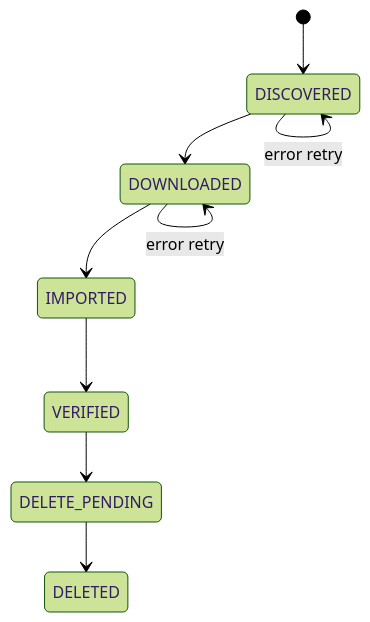
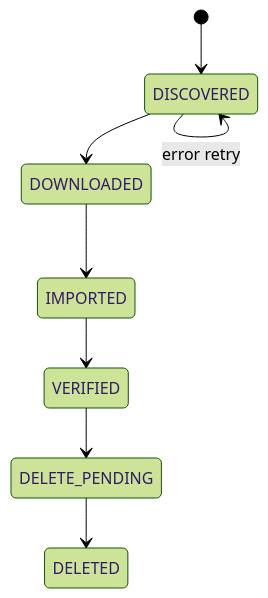
The second of 5 diagrams in README.md (devadalberto/backdeezup), drawn with Mermaid (forest theme) before and after one commit. The commit also changed other lines of this file and 1 other file, not shown here.

````diff
--- a/README.md
+++ b/README.md
@@ -33,11 +55,10 @@
 ```mermaid
 stateDiagram-v2
     [*] --> DISCOVERED
     DISCOVERED --> DOWNLOADED
     DOWNLOADED --> IMPORTED
     IMPORTED --> VERIFIED
     VERIFIED --> DELETE_PENDING
     DELETE_PENDING --> DELETED
     DISCOVERED --> DISCOVERED : error retry
-    DOWNLOADED --> DOWNLOADED : error retry
 ```
````
